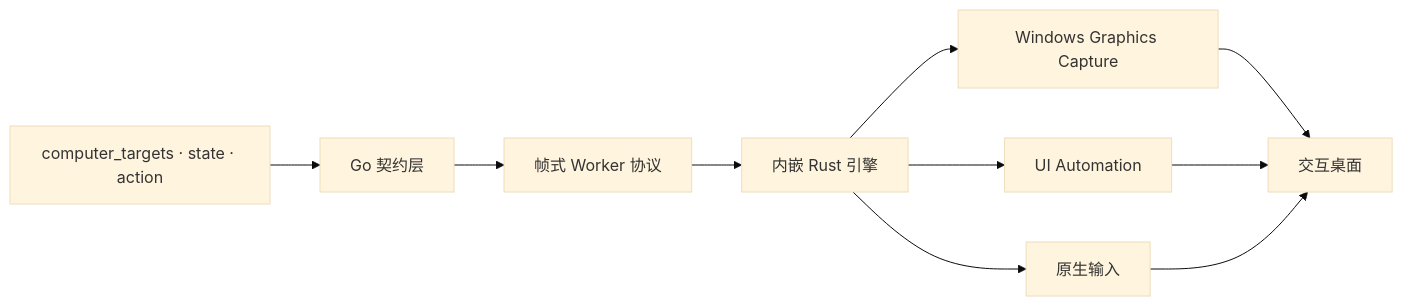
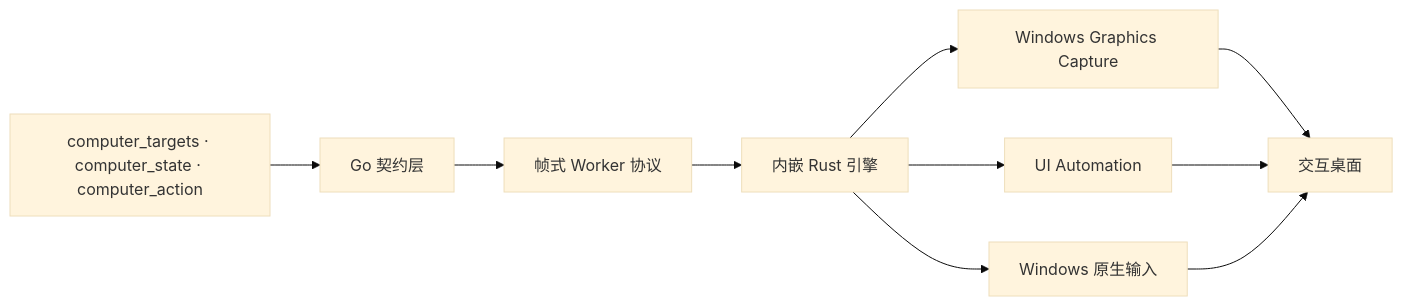
One commit to hicancan/local-runtime-mcp changed the sixth of 7 diagrams in README.zh-CN.md. Above: the diagram before and after it, drawn with Mermaid (base theme). The commit also changed other lines of this file and 21 other files, not shown here.

````diff
--- a/README.zh-CN.md
+++ b/README.zh-CN.md
@@ -149,12 +204,12 @@
 ```mermaid
 flowchart LR
-    TOOLS[computer_targets · state · action] --> CONTRACT[Go 契约层]
+    TOOLS[computer_targets · computer_state · computer_action] --> CONTRACT[Go 契约层]
     CONTRACT --> IPC[帧式 Worker 协议]
     IPC --> RUST[内嵌 Rust 引擎]
     RUST --> WGC[Windows Graphics Capture]
     RUST --> UIA[UI Automation]
-    RUST --> INPUT[原生输入]
+    RUST --> INPUT[Windows 原生输入]
     WGC --> DESKTOP[交互桌面]
     UIA --> DESKTOP
     INPUT --> DESKTOP
 ```
````
